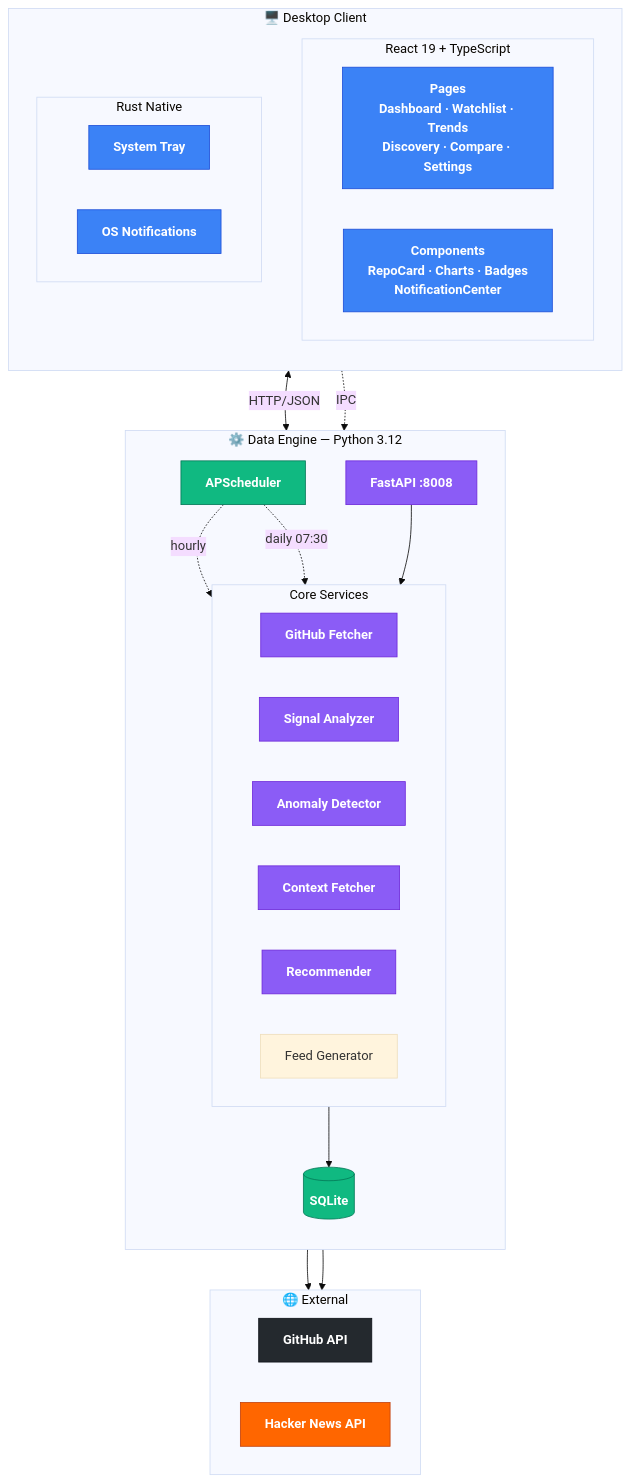
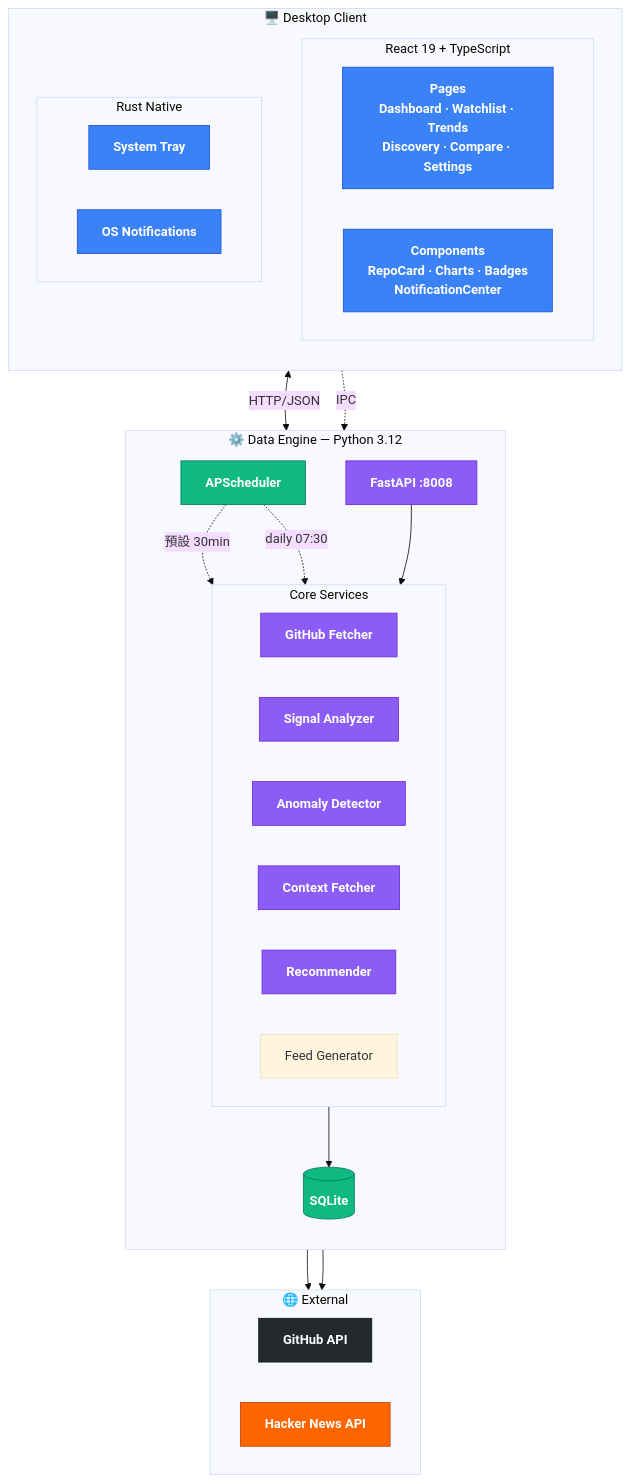
The second of 2 diagrams in README.md (Neal75418/StarScope), drawn with Mermaid (base theme) before and after one commit. The commit also changed other lines of this file and 2 other files, not shown here.

````diff
--- a/README.md
+++ b/README.md
@@ -72,59 +72,59 @@
 ```mermaid
 graph TB
     subgraph Desktop["🖥️ Desktop Client"]
         direction TB
         subgraph UI["React 19 + TypeScript"]
             direction LR
             Pages["<b>Pages</b><br/>Dashboard · Watchlist · Trends<br/>Discovery · Compare · Settings"]
             Components["<b>Components</b><br/>RepoCard · Charts · Badges<br/>NotificationCenter"]
         end
         subgraph Native["Rust Native"]
             direction LR
             Tray["System Tray"]
             Notify["OS Notifications"]
         end
     end
 
     subgraph Engine["⚙️ Data Engine — Python 3.12"]
         direction TB
         API["FastAPI :8008"]
         subgraph Services["Core Services"]
             direction LR
             Fetch["GitHub Fetcher"]
             Analyze["Signal Analyzer"]
             Detect["Anomaly Detector"]
             Context["Context Fetcher"]
             Recommend["Recommender"]
             Feed["Feed Generator"]
         end
         DB[("SQLite")]
         Sched["APScheduler"]
         API --> Services
         Services --> DB
-        Sched -.->|hourly| Fetch
+        Sched -.->|預設 30min| Fetch
         Sched -.->|daily 07:30| Feed
     end
 
     subgraph Ext["🌐 External"]
         direction LR
         GH["GitHub API"]
         HN["Hacker News API"]
     end
 
     Components <-->|HTTP/JSON| API
     Native -.->|IPC| API
     Fetch --> GH
     Context --> HN
 
     classDef frontend fill:#3b82f6,stroke:#1d4ed8,color:#fff,font-weight:bold
     classDef backend fill:#8b5cf6,stroke:#6d28d9,color:#fff,font-weight:bold
     classDef storage fill:#10b981,stroke:#047857,color:#fff,font-weight:bold
     classDef github fill:#24292e,stroke:#0d1117,color:#fff,font-weight:bold
     classDef hackernews fill:#ff6600,stroke:#c2410c,color:#fff,font-weight:bold
 
     class Pages,Components,Tray,Notify frontend
     class API,Fetch,Analyze,Detect,Context,Recommend backend
     class DB,Sched storage
     class GH github
     class HN hackernews
 ```
````
